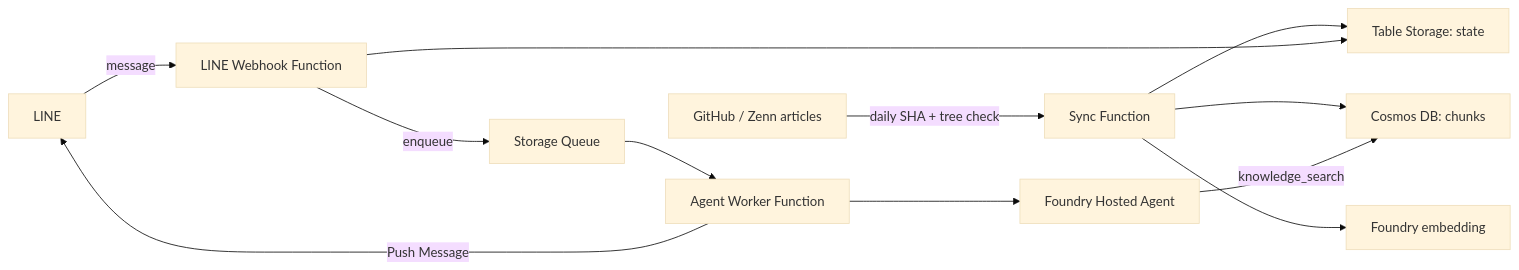
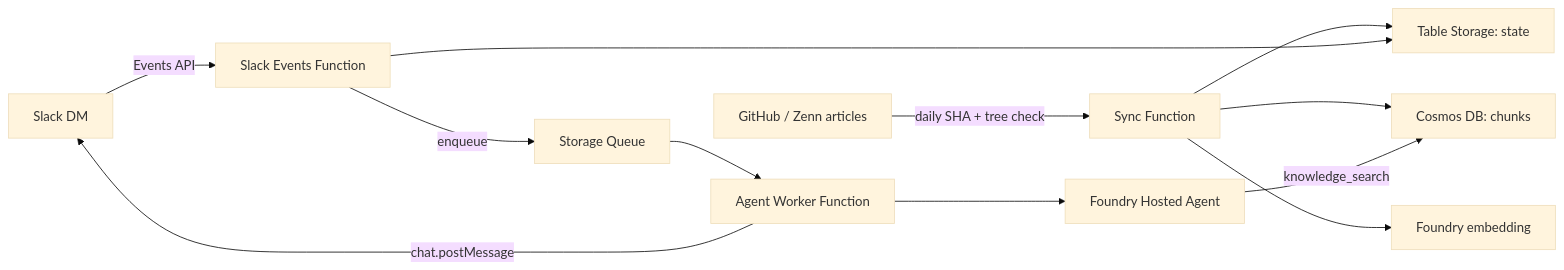
Before and after one commit to Tomodo1773/tech-knowledge-agent: the diagram in README.md, drawn with Mermaid (base theme). The commit also changed other lines of this file and 7 other files, not shown here.

Commit message:
docs: switch chat interface from LINE to Slack

````diff
--- a/README.md
+++ b/README.md
@@ -16,14 +16,14 @@
 ```mermaid
 flowchart LR
   GH[GitHub / Zenn articles] -->|daily SHA + tree check| SYNC[Sync Function]
   SYNC --> E[Foundry embedding]
   SYNC --> C[Cosmos DB: chunks]
   SYNC --> T[Table Storage: state]
-  LINE[LINE] -->|message| LWH[LINE Webhook Function]
-  LWH --> T
-  LWH -->|enqueue| Q[Storage Queue]
+  SLACK[Slack DM] -->|Events API| SWH[Slack Events Function]
+  SWH --> T
+  SWH -->|enqueue| Q[Storage Queue]
   Q --> W[Agent Worker Function]
   W --> A[Foundry Hosted Agent]
   A -->|knowledge_search| C
-  W -->|Push Message| LINE
+  W -->|chat.postMessage| SLACK
 ```
````
